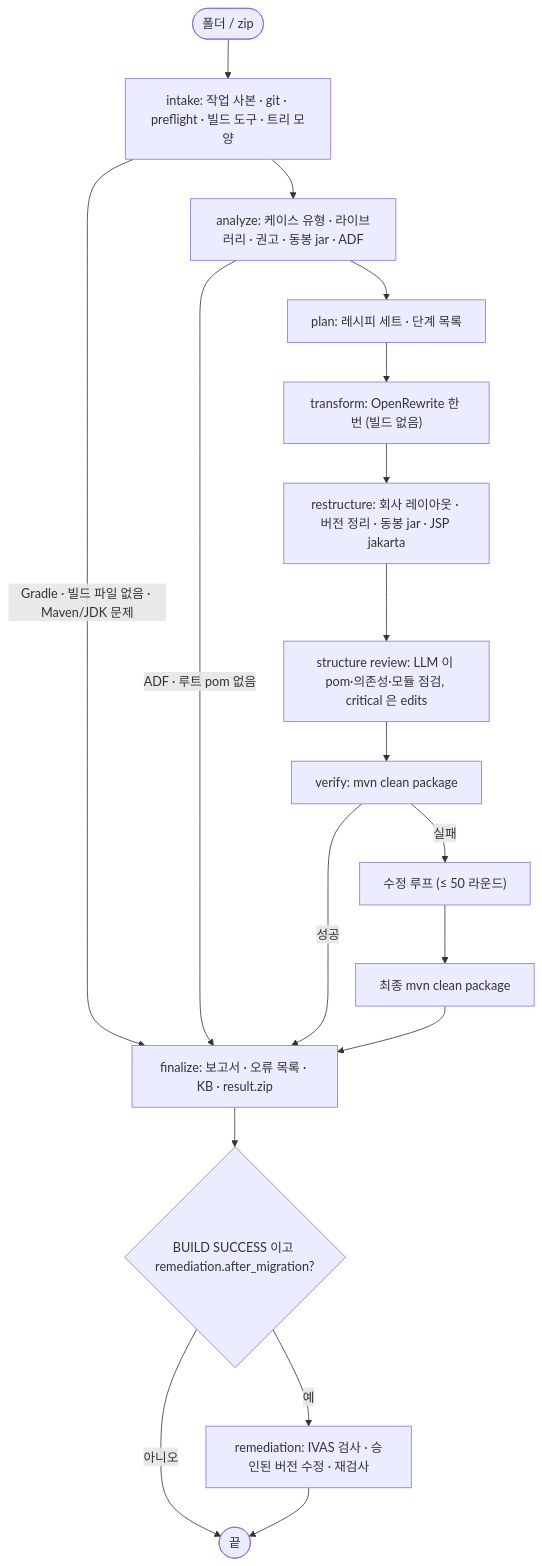
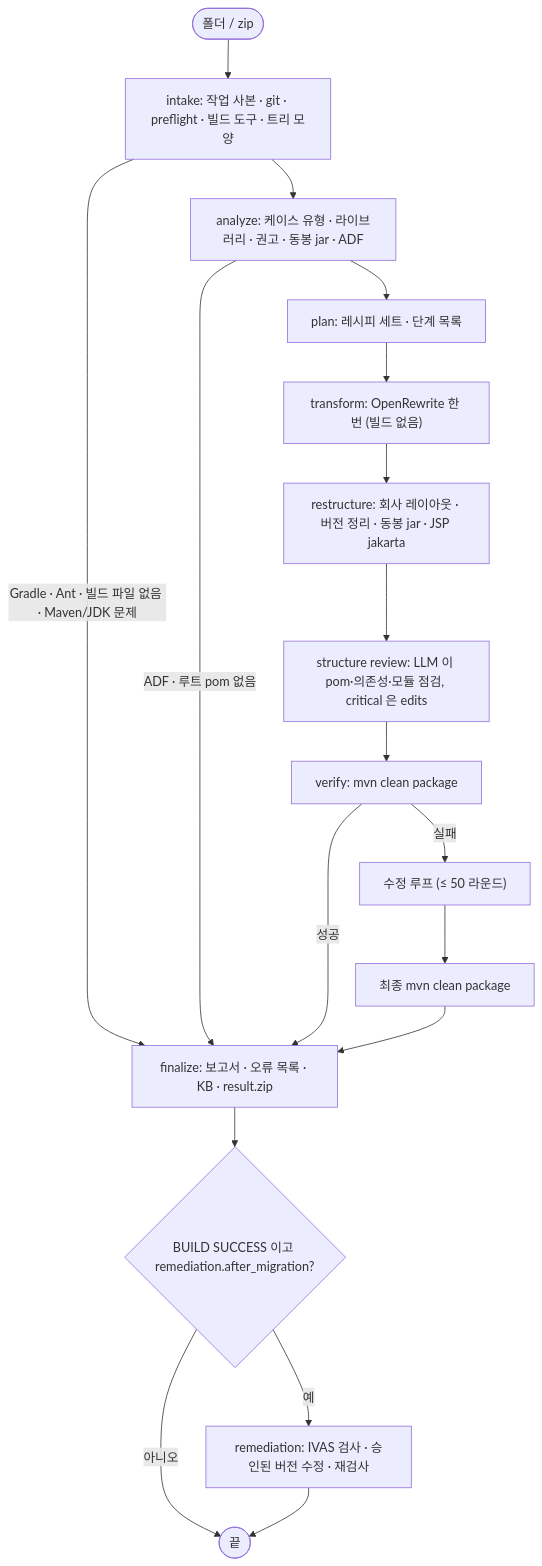
Before and after one commit to acandiatale/tutu: the second of 7 diagrams in docs/migration-agent/README.md, drawn with Mermaid. The commit also changed other lines of this file and 54 other files, not shown here.

````diff
--- a/docs/migration-agent/README.md
+++ b/docs/migration-agent/README.md
@@ -98,20 +98,20 @@
 ```mermaid
 flowchart TD
   START(["폴더 / zip"]) --> INTAKE["intake: 작업 사본 · git · preflight · 빌드 도구 · 트리 모양"]
-  INTAKE -->|"Gradle · 빌드 파일 없음 · Maven/JDK 문제"| FIN
+  INTAKE -->|"Gradle · Ant · 빌드 파일 없음 · Maven/JDK 문제"| FIN
   INTAKE --> ANALYZE["analyze: 케이스 유형 · 라이브러리 · 권고 · 동봉 jar · ADF"]
   ANALYZE -->|"ADF · 루트 pom 없음"| FIN
   ANALYZE --> PLAN["plan: 레시피 세트 · 단계 목록"]
   PLAN --> T["transform: OpenRewrite 한 번 (빌드 없음)"]
   T --> R["restructure: 회사 레이아웃 · 버전 정리 · 동봉 jar · JSP jakarta"]
   R --> RV["structure review: LLM 이 pom·의존성·모듈 점검, critical 은 edits"]
   RV --> V["verify: mvn clean package"]
   V -->|"실패"| LOOP["수정 루프 (≤ 50 라운드)"]
   LOOP --> VF["최종 mvn clean package"]
   V -->|"성공"| FIN["finalize: 보고서 · 오류 목록 · KB · result.zip"]
   VF --> FIN
   FIN --> REM{"BUILD SUCCESS 이고 remediation.after_migration?"}
   REM -->|"예"| RM["remediation: IVAS 검사 · 승인된 버전 수정 · 재검사"]
   REM -->|"아니오"| END(["끝"])
   RM --> END
 ```
````
